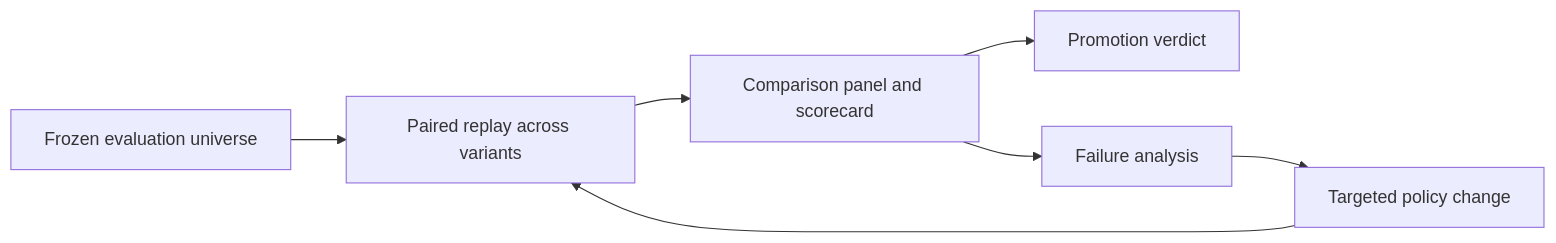
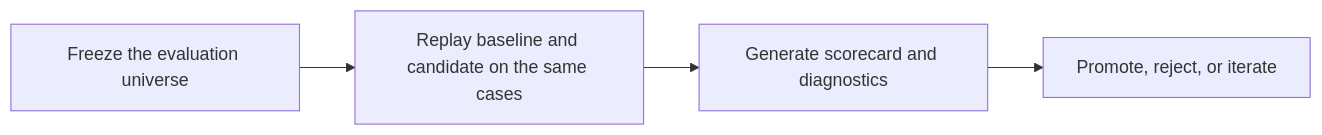
One commit to terracio/policy-eval-harness changed the diagram in README.md. Above: the diagram before and after it, drawn with Mermaid. The commit also changed other lines of this file, not shown here.

````diff
--- a/README.md
+++ b/README.md
@@ -75,9 +25,6 @@
 ```mermaid
 flowchart LR
-    A["Frozen evaluation universe"] --> B["Paired replay across variants"]
-    B --> C["Comparison panel and scorecard"]
-    C --> D["Promotion verdict"]
-    C --> E["Failure analysis"]
-    E --> F["Targeted policy change"]
-    F --> B
+    A["Freeze the evaluation universe"] --> B["Replay baseline and candidate on the same cases"]
+    B --> C["Generate scorecard and diagnostics"]
+    C --> D["Promote, reject, or iterate"]
 ```
````
